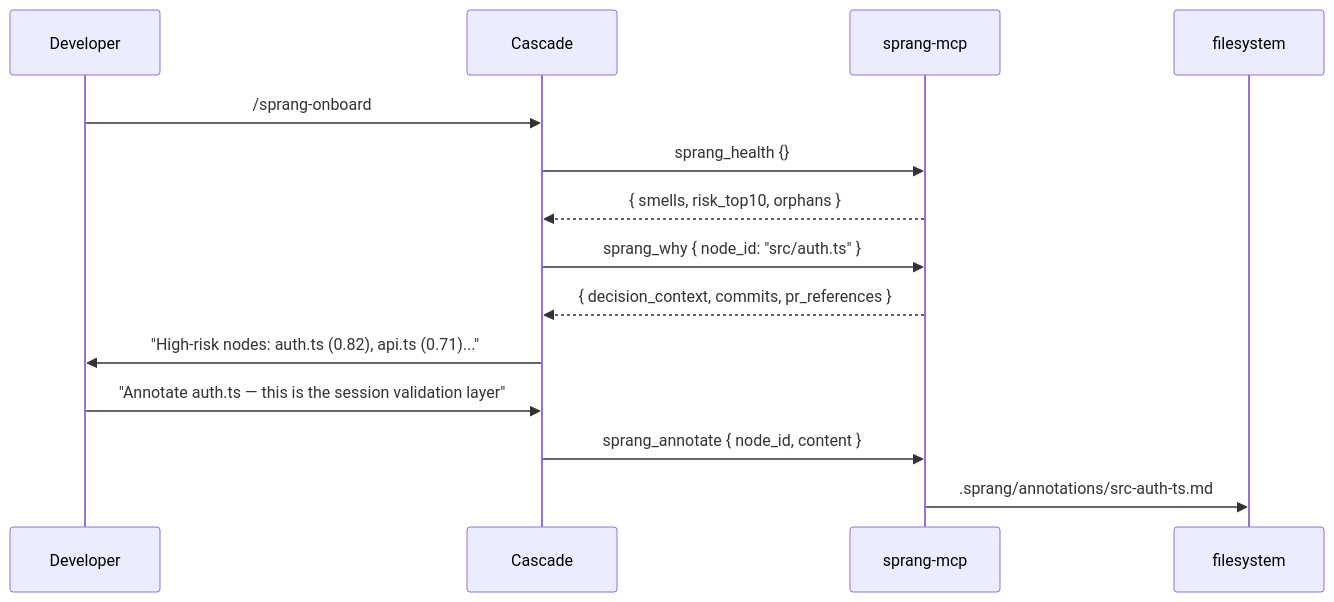
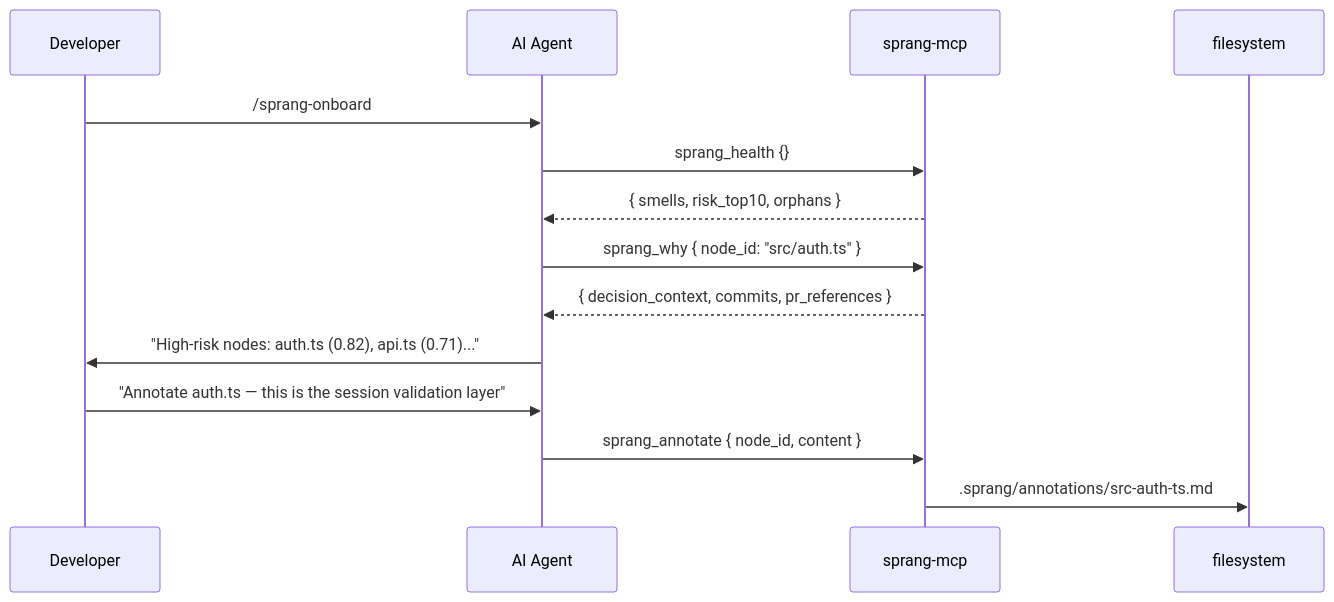
One commit to FavioVazquez/sprang changed the third of 3 diagrams in README.md. Above: the diagram before and after it, drawn with Mermaid. The commit also changed other lines of this file, not shown here.

````diff
--- a/README.md
+++ b/README.md
@@ -717,17 +787,17 @@
 ```mermaid
 sequenceDiagram
     participant D as Developer
-    participant C as Cascade
+    participant C as AI Agent
     participant M as sprang-mcp
     participant F as filesystem
 
     D->>C: /sprang-onboard
     C->>M: sprang_health {}
     M-->>C: { smells, risk_top10, orphans }
     C->>M: sprang_why { node_id: "src/auth.ts" }
     M-->>C: { decision_context, commits, pr_references }
     C->>D: "High-risk nodes: auth.ts (0.82), api.ts (0.71)..."
     D->>C: "Annotate auth.ts — this is the session validation layer"
     C->>M: sprang_annotate { node_id, content }
     M->>F: .sprang/annotations/src-auth-ts.md
 ```
````
